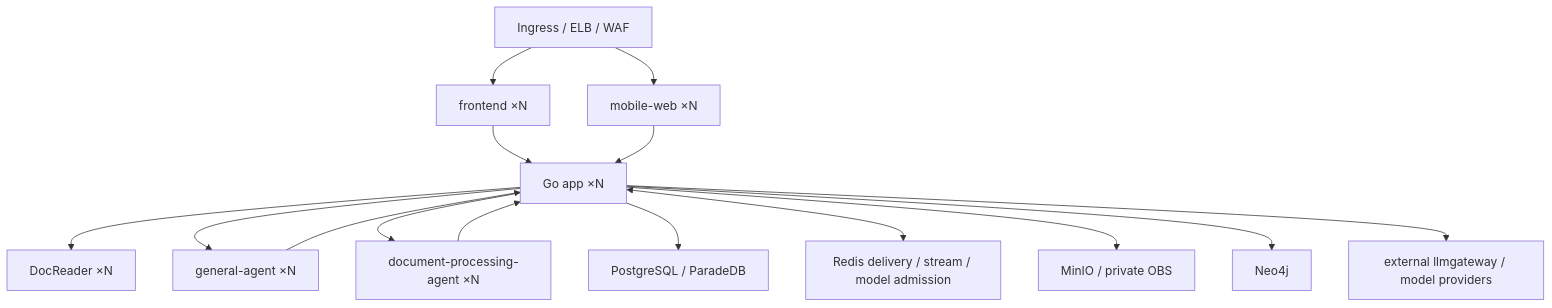
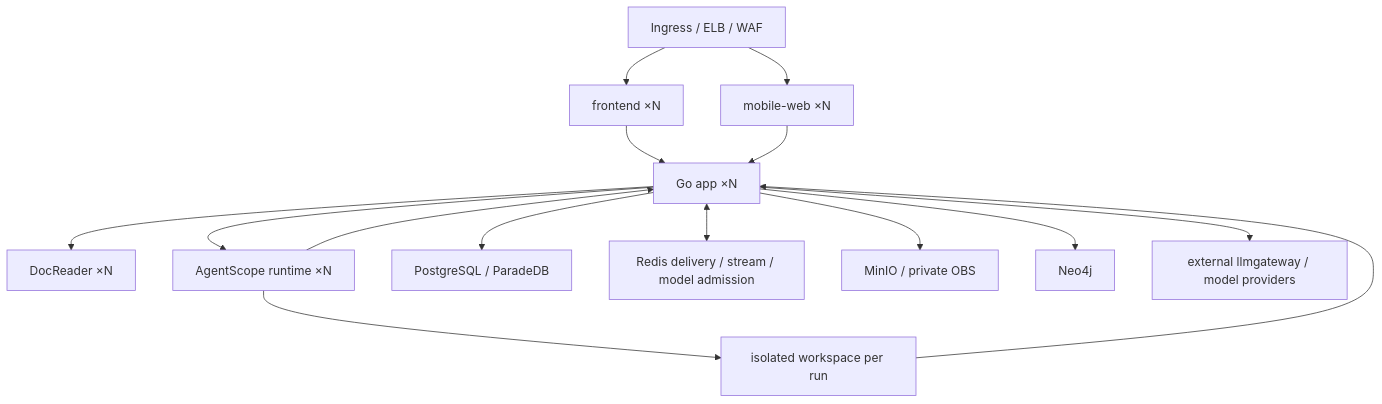
One commit to Meaninles/wekno changed the diagram in helm/README.md. Above: the diagram before and after it, drawn with Mermaid. The commit also changed other lines of this file and 399 other files, not shown here.

Commit message:
Unify agent runtime and remove legacy engines

````diff
--- a/helm/README.md
+++ b/helm/README.md
@@ -37,17 +37,17 @@
 ```mermaid
 flowchart TB
     I["Ingress / ELB / WAF"] --> F["frontend ×N"]
     I --> M["mobile-web ×N"]
     F --> A["Go app ×N"]
     M --> A
     A --> D["DocReader ×N"]
-    A --> G["general-agent ×N"]
-    A --> P["document-processing-agent ×N"]
+    A --> G["AgentScope runtime ×N"]
+    G --> P["isolated workspace per run"]
     A --> DB["PostgreSQL / ParadeDB"]
     A <--> R["Redis delivery / stream / model admission"]
     A --> O["MinIO / private OBS"]
     A --> N["Neo4j"]
     A --> L["external llmgateway / model providers"]
     G --> A
     P --> A
 ```
````
